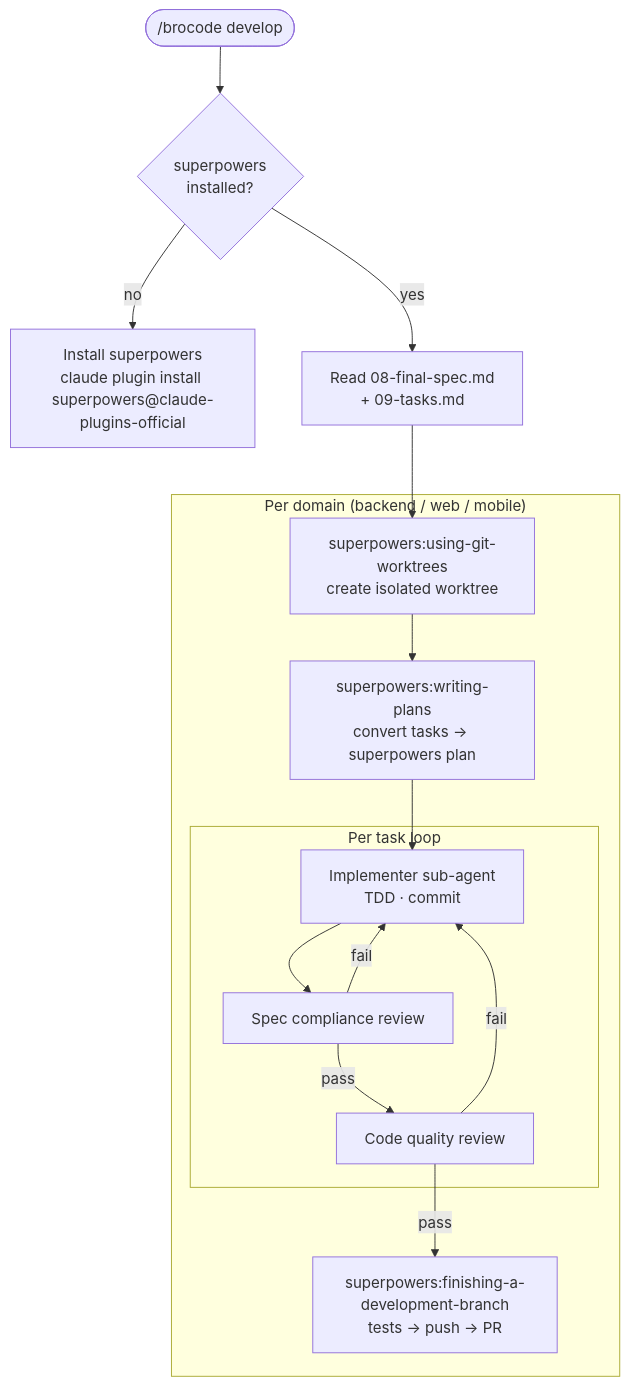
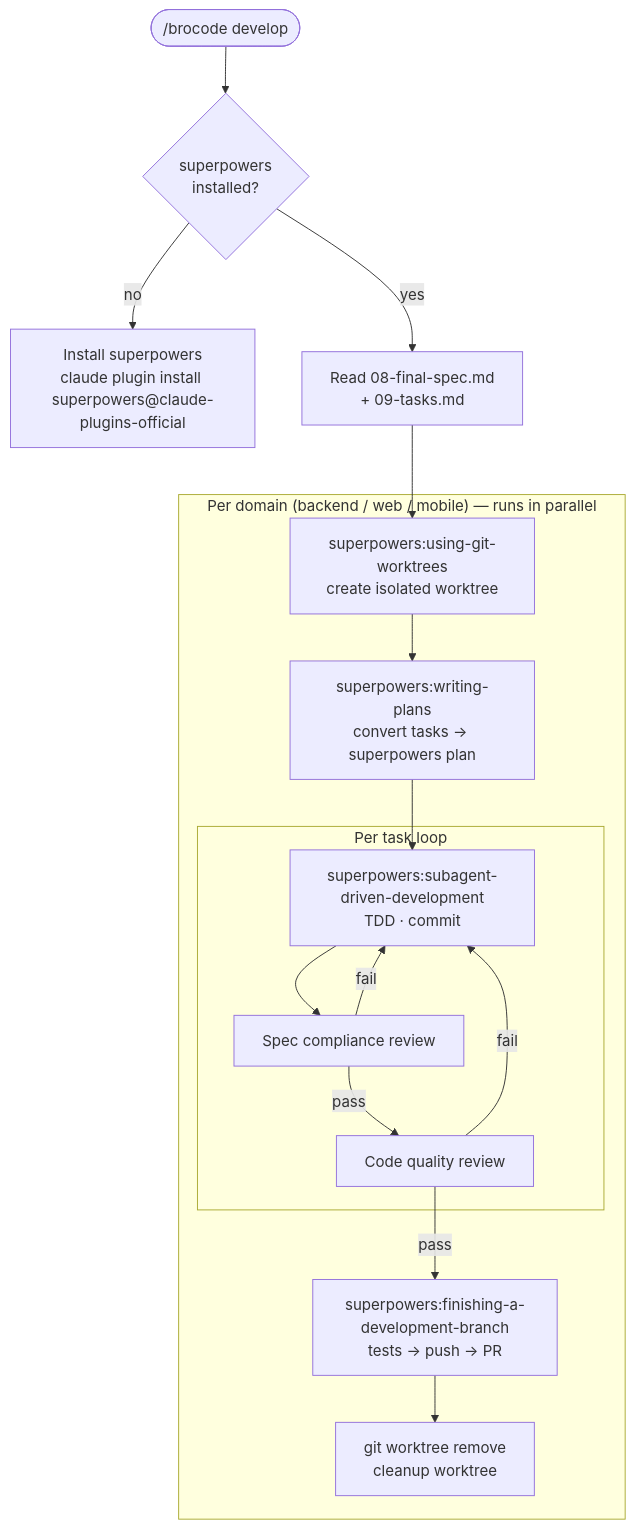
One commit to im-adarsh/brocode changed the third of 5 diagrams in README.md. Above: the diagram before and after it, drawn with Mermaid. The commit also changed other lines of this file and 3 other files, not shown here.

````diff
--- a/README.md
+++ b/README.md
@@ -163,27 +164,29 @@
 ```mermaid
 flowchart TD
     A(["/brocode develop"])
     CHECK{"superpowers\ninstalled?"}
     INSTALL["Install superpowers\nclaude plugin install superpowers@claude-plugins-official"]
     TASKS["Read 08-final-spec.md\n+ 09-tasks.md"]
 
-    subgraph DOMAIN["Per domain (backend / web / mobile)"]
+    subgraph DOMAIN["Per domain (backend / web / mobile) — runs in parallel"]
         WT["superpowers:using-git-worktrees\ncreate isolated worktree"]
         PLAN["superpowers:writing-plans\nconvert tasks → superpowers plan"]
         subgraph LOOP["Per task loop"]
-            IMPL["Implementer sub-agent\nTDD · commit"]
+            IMPL["superpowers:subagent-driven-development\nTDD · commit"]
             SPEC_R["Spec compliance review"]
             QUAL_R["Code quality review"]
         end
         FINISH["superpowers:finishing-a-development-branch\ntests → push → PR"]
+        CLEAN["git worktree remove\ncleanup worktree"]
     end
 
     A --> CHECK
     CHECK -->|"no"| INSTALL
     CHECK -->|"yes"| TASKS
     TASKS --> WT --> PLAN --> IMPL
     IMPL --> SPEC_R -->|"pass"| QUAL_R
     QUAL_R -->|"pass"| FINISH
+    FINISH --> CLEAN
     SPEC_R -->|"fail"| IMPL
     QUAL_R -->|"fail"| IMPL
 ```
````
